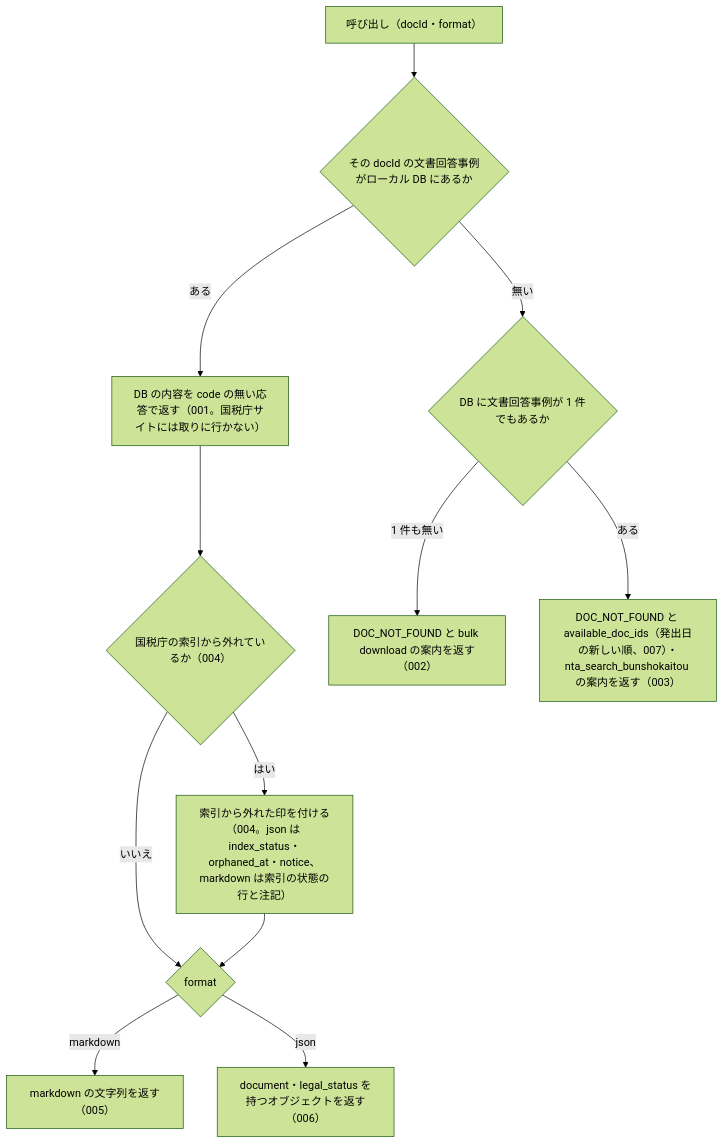
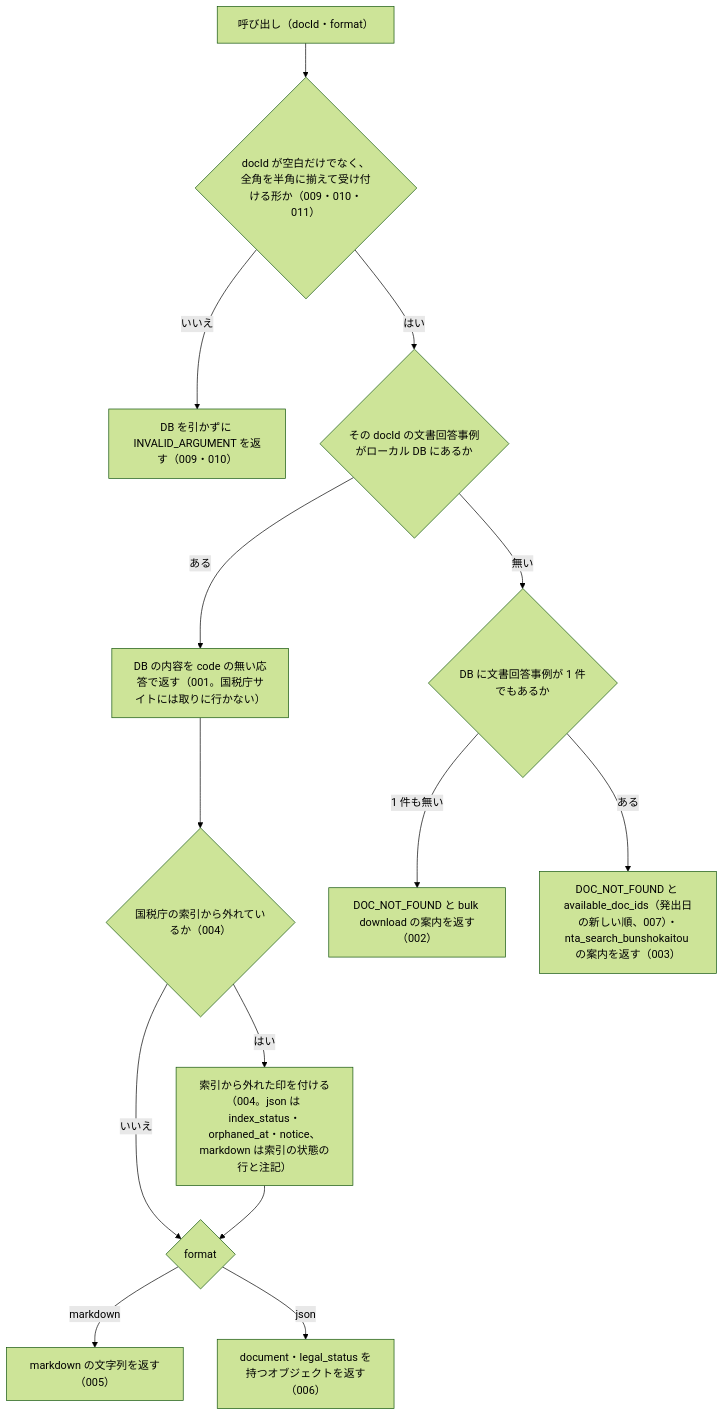
One commit to shuji-bonji/houki-nta-mcp changed the diagram in specs/current/nta_get_bunshokaitou/spec.md. Above: the diagram before and after it, drawn with Mermaid (forest theme). The commit also changed other lines of this file and 13 other files, not shown here.

````diff
--- a/specs/current/nta_get_bunshokaitou/spec.md
+++ b/specs/current/nta_get_bunshokaitou/spec.md
@@ -28,14 +28,16 @@
 ```mermaid
 flowchart TD
-  A["呼び出し（docId・format）"] --> B{"その docId の文書回答事例がローカル DB にあるか"}
+  A["呼び出し（docId・format）"] --> W{"docId が空白だけでなく、全角を半角に揃えて受け付ける形か（009・010・011）"}
+  W -- いいえ --> E0["DB を引かずに INVALID_ARGUMENT を返す（009・010）"]
+  W -- はい --> B{"その docId の文書回答事例がローカル DB にあるか"}
   B -- ある --> C["DB の内容を code の無い応答で返す（001。国税庁サイトには取りに行かない）"]
   C --> F{"国税庁の索引から外れているか（004）"}
   F -- はい --> G["索引から外れた印を付ける（004。json は index_status・orphaned_at・notice、markdown は索引の状態の行と注記）"]
   F -- いいえ --> H{"format"}
   G --> H
   H -- markdown --> I["markdown の文字列を返す（005）"]
   H -- json --> J["document・legal_status を持つオブジェクトを返す（006）"]
   B -- 無い --> D{"DB に文書回答事例が 1 件でもあるか"}
   D -- 1 件も無い --> E1["DOC_NOT_FOUND と bulk download の案内を返す（002）"]
   D -- ある --> E2["DOC_NOT_FOUND と available_doc_ids（発出日の新しい順、007）・nta_search_bunshokaitou の案内を返す（003）"]
 ```
````
